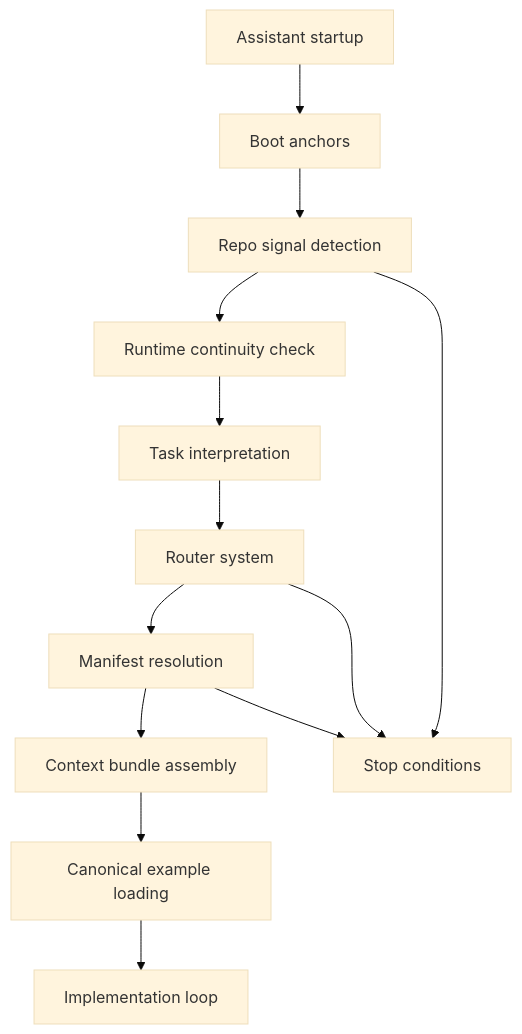
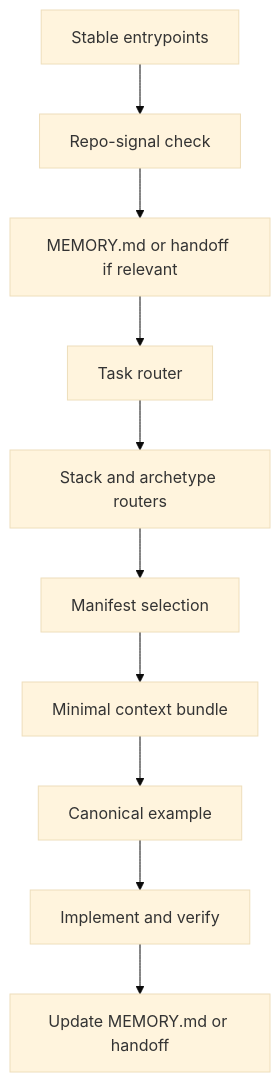
The diagram in docs/context-boot-sequence.md (someflydev/agent-context-base), drawn with Mermaid (base theme) before and after one commit. The commit also changed other lines of this file and 2 other files, not shown here.

First line of the commit message:
[PROMPT_26] Simplify diagrams to match the real runtime flow

````diff
--- a/docs/context-boot-sequence.md
+++ b/docs/context-boot-sequence.md
@@ -71,15 +25,12 @@
 ```mermaid
 flowchart TD
-    A[Assistant startup] --> B[Boot anchors]
-    B --> C[Repo signal detection]
-    C --> D[Runtime continuity check]
-    D --> E[Task interpretation]
-    E --> F[Router system]
-    F --> G[Manifest resolution]
-    G --> H[Context bundle assembly]
-    H --> I[Canonical example loading]
-    I --> J[Implementation loop]
-    C --> K[Stop conditions]
-    F --> K
-    G --> K
+    A[Stable entrypoints] --> B[Repo-signal check]
+    B --> C[MEMORY.md or handoff if relevant]
+    C --> D[Task router]
+    D --> E[Stack and archetype routers]
+    E --> F[Manifest selection]
+    F --> G[Minimal context bundle]
+    G --> H[Canonical example]
+    H --> I[Implement and verify]
+    I --> J[Update MEMORY.md or handoff]
 ```
````
